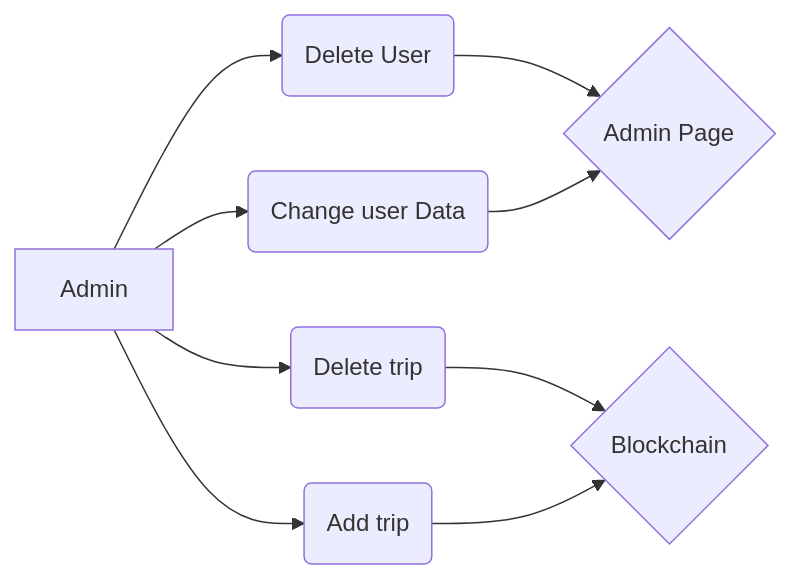
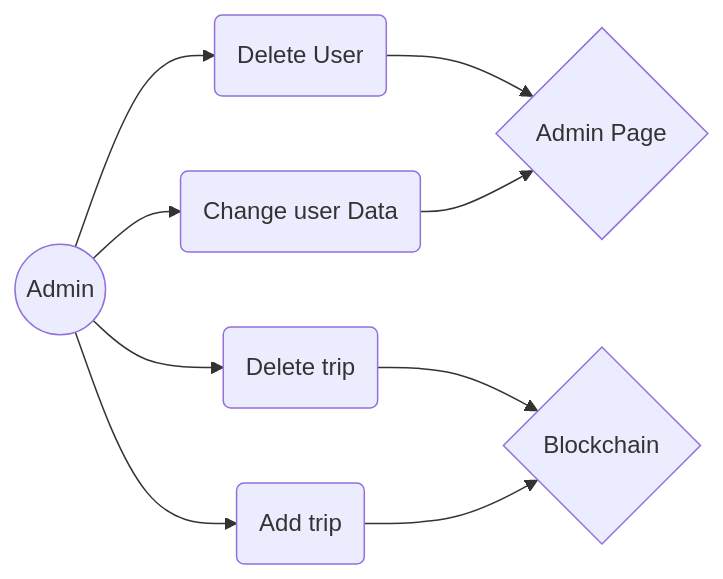
The first of 3 diagrams in README.md (FJ-Riveros/CryptoAway), drawn with Mermaid before and after one commit. The commit also changed other lines of this file, not shown here.

````diff
--- a/README.md
+++ b/README.md
@@ -217,12 +217,12 @@
 ```mermaid
 graph LR
-A[Admin] --> B(Delete User)
+A((Admin)) --> B(Delete User)
 A --> C(Change user Data)
 B --> D{Admin Page}
 C --> D
 A --> E(Delete trip)
 A --> F(Add trip)
 E --> G{Blockchain}
 F --> G
 
 ```
````
